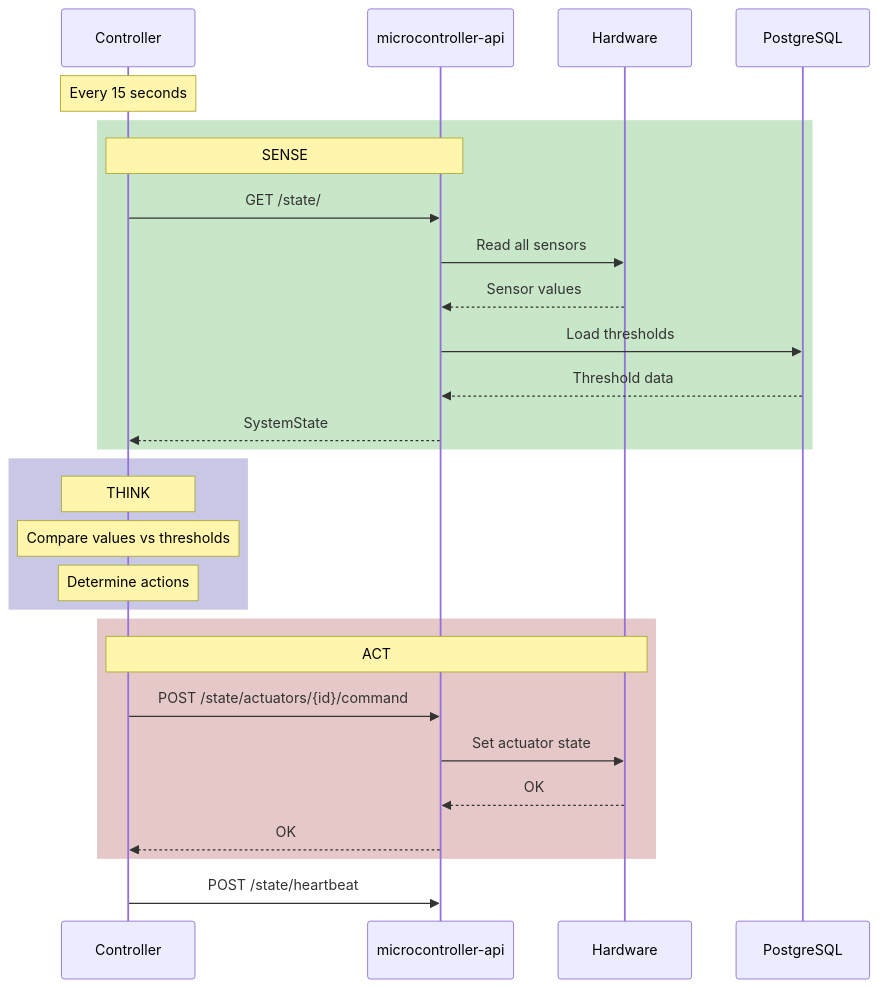
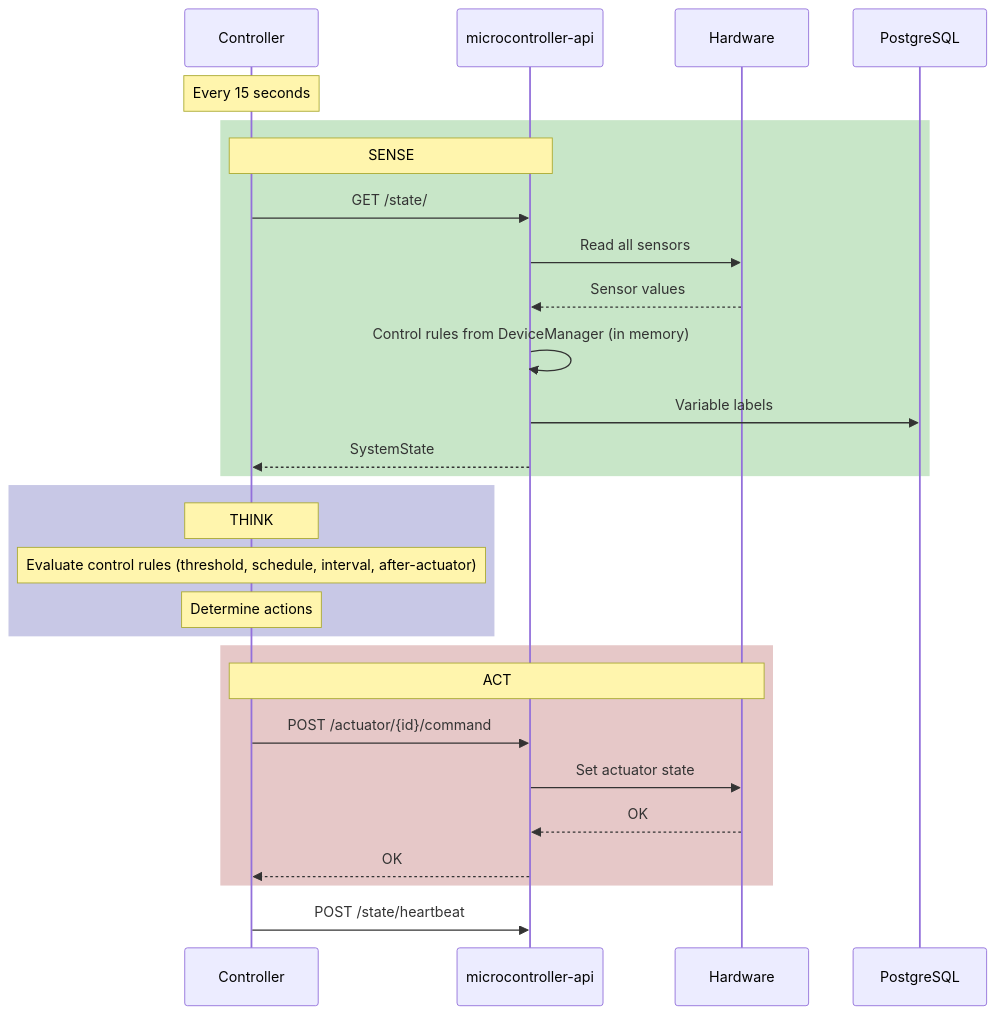
One commit to GreenThumbProject/docs changed the fourth of 5 diagrams in docs/architecture/diagrams.md. Above: the diagram before and after it, drawn with Mermaid. The commit also changed other lines of this file and 36 other files, not shown here.

````diff
--- a/docs/architecture/diagrams.md
+++ b/docs/architecture/diagrams.md
@@ -189,35 +115,35 @@
 ```mermaid
 sequenceDiagram
     participant CTRL as Controller
     participant API as microcontroller-api
     participant HW as Hardware
     participant DB as PostgreSQL
     
     Note over CTRL: Every 15 seconds
     
     rect rgb(200, 230, 200)
         Note over CTRL,API: SENSE
         CTRL->>API: GET /state/
         API->>HW: Read all sensors
         HW-->>API: Sensor values
-        API->>DB: Load thresholds
-        DB-->>API: Threshold data
+        API->>API: Control rules from DeviceManager (in memory)
+        API->>DB: Variable labels
         API-->>CTRL: SystemState
     end
     
     rect rgb(200, 200, 230)
         Note over CTRL: THINK
-        Note over CTRL: Compare values vs thresholds
+        Note over CTRL: Evaluate control rules (threshold, schedule, interval, after-actuator)
         Note over CTRL: Determine actions
     end
     
     rect rgb(230, 200, 200)
         Note over CTRL,HW: ACT
-        CTRL->>API: POST /state/actuators/{id}/command
+        CTRL->>API: POST /actuator/{id}/command
         API->>HW: Set actuator state
         HW-->>API: OK
         API-->>CTRL: OK
     end
     
     CTRL->>API: POST /state/heartbeat
 ```
````
